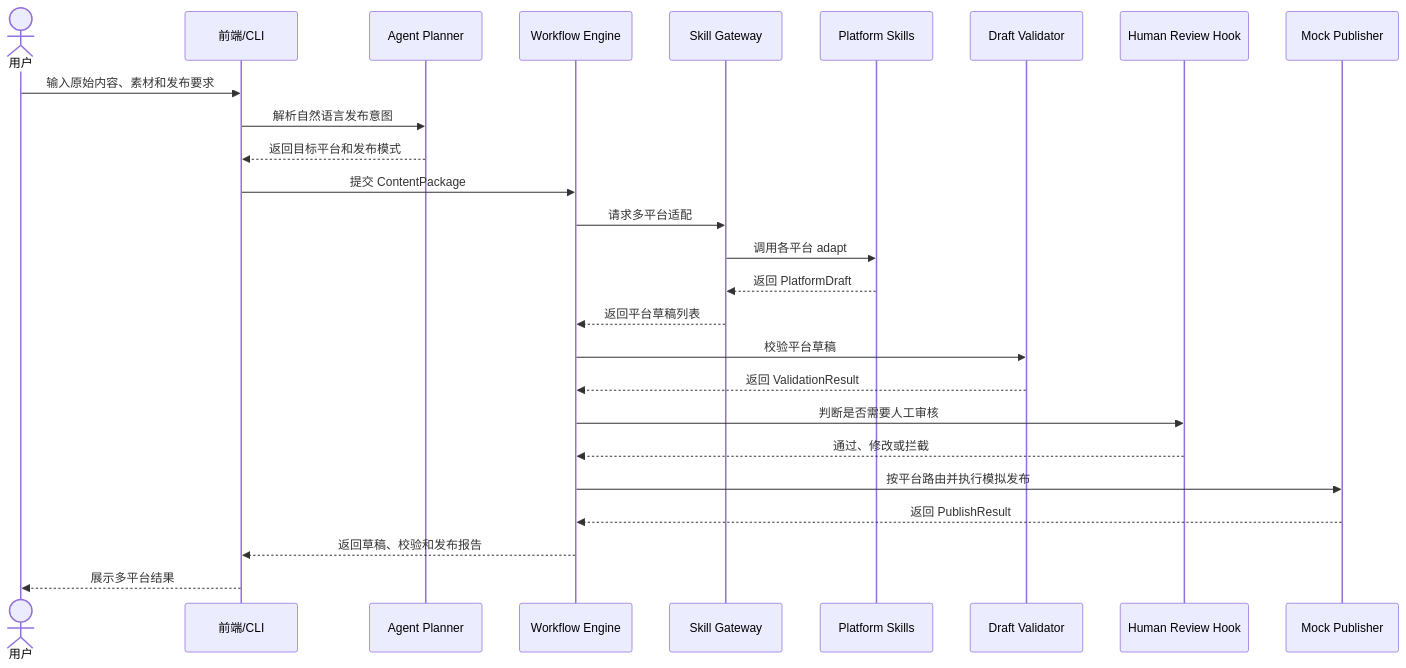
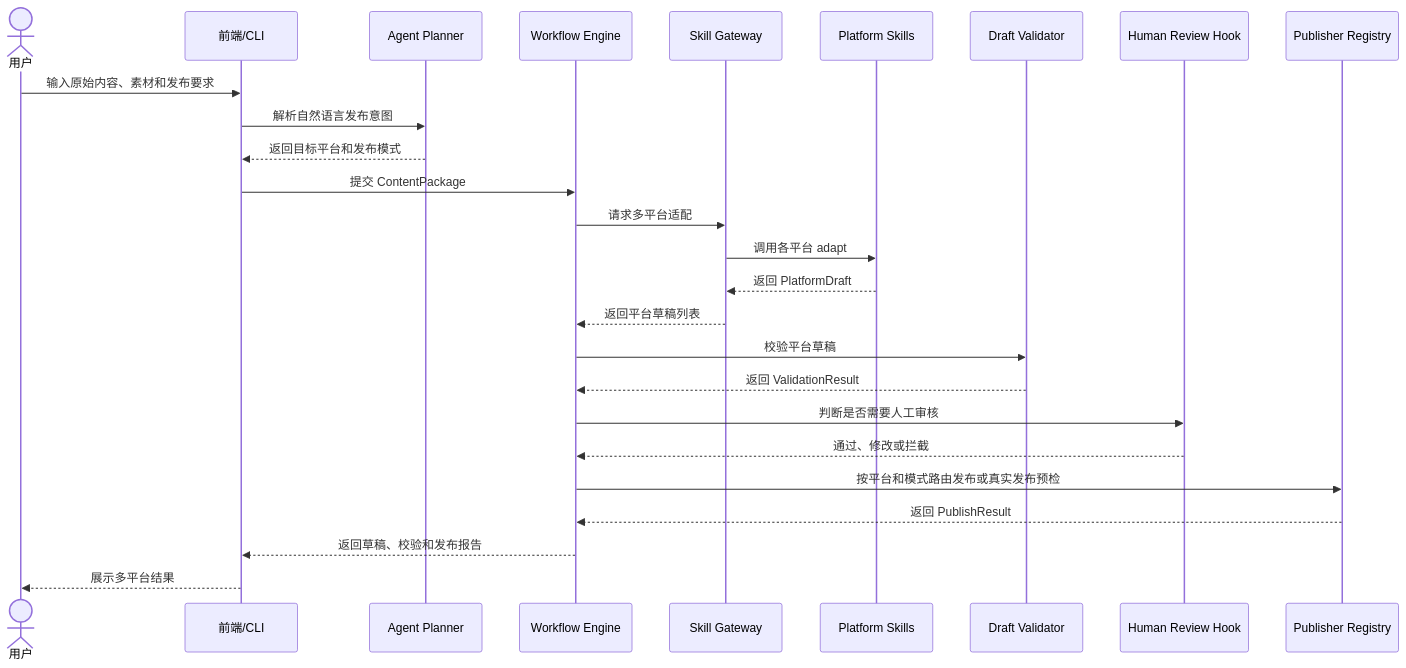
One commit to xyr723/content-flow-agent changed the first of 3 diagrams in docs/design/sequence-diagrams.md. Above: the diagram before and after it, drawn with Mermaid. The commit also changed other lines of this file and 17 other files, not shown here.

````diff
--- a/docs/design/sequence-diagrams.md
+++ b/docs/design/sequence-diagrams.md
@@ -5,29 +5,29 @@
 ```mermaid
 sequenceDiagram
     actor User as 用户
     participant UI as 前端/CLI
     participant Planner as Agent Planner
     participant Workflow as Workflow Engine
     participant Gateway as Skill Gateway
     participant Skill as Platform Skills
     participant Validator as Draft Validator
     participant Review as Human Review Hook
-    participant Publisher as Mock Publisher
+    participant Publisher as Publisher Registry
 
     User->>UI: 输入原始内容、素材和发布要求
     UI->>Planner: 解析自然语言发布意图
     Planner-->>UI: 返回目标平台和发布模式
     UI->>Workflow: 提交 ContentPackage
     Workflow->>Gateway: 请求多平台适配
     Gateway->>Skill: 调用各平台 adapt
     Skill-->>Gateway: 返回 PlatformDraft
     Gateway-->>Workflow: 返回平台草稿列表
     Workflow->>Validator: 校验平台草稿
     Validator-->>Workflow: 返回 ValidationResult
     Workflow->>Review: 判断是否需要人工审核
     Review-->>Workflow: 通过、修改或拦截
-    Workflow->>Publisher: 按平台路由并执行模拟发布
+    Workflow->>Publisher: 按平台和模式路由发布或真实发布预检
     Publisher-->>Workflow: 返回 PublishResult
     Workflow-->>UI: 返回草稿、校验和发布报告
     UI-->>User: 展示多平台结果
 ```
````
